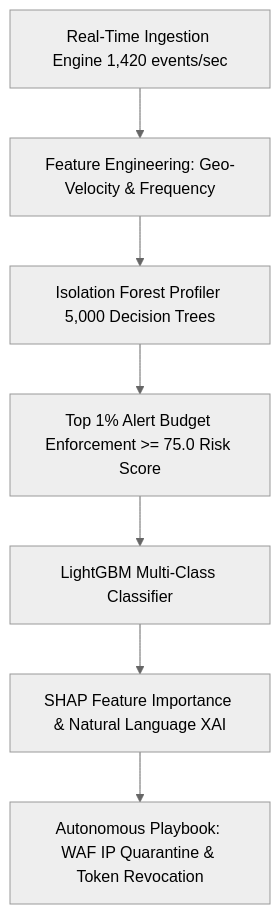
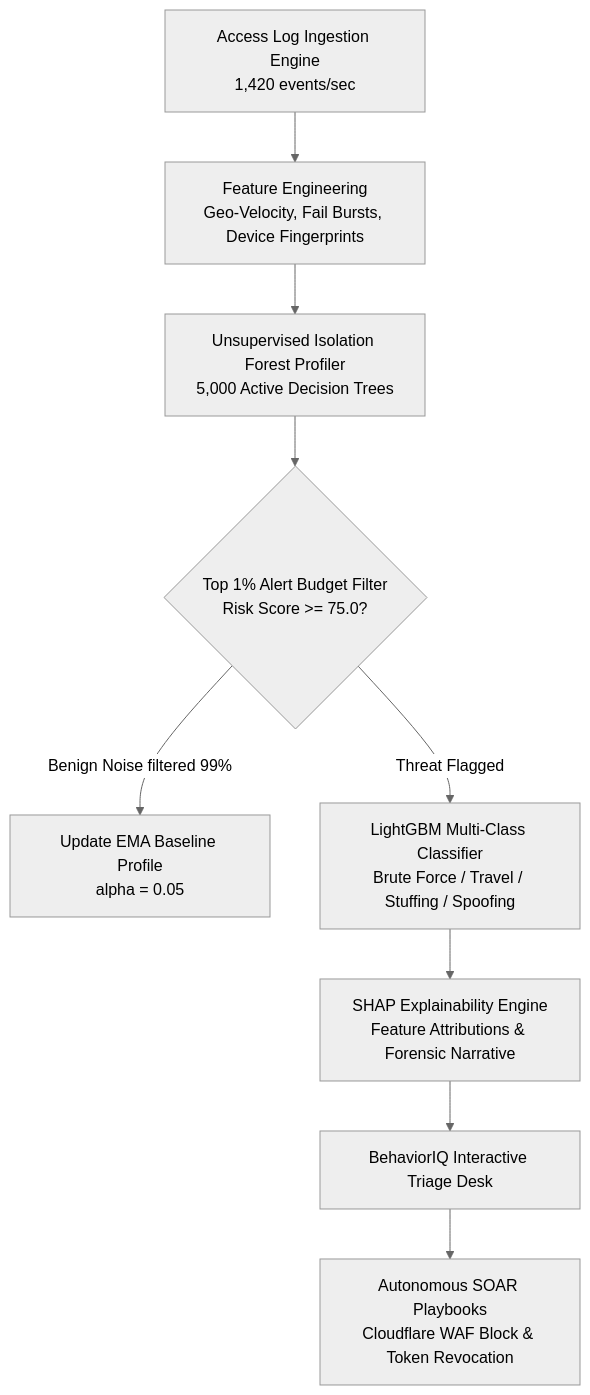
One commit to Yash-Singh607/Behavior-IQ changed the diagram in README.md. Above: the diagram before and after it, drawn with Mermaid (neutral theme). The commit also changed other lines of this file, not shown here.

Commit message:
Upgrade README.md to world-class enterprise presentation standard with badges, Mermaid diagrams, and live cloud links

````diff
--- a/README.md
+++ b/README.md
@@ -19,9 +45,11 @@
 ```mermaid
 graph TD
-    Ingest[Real-Time Ingestion Engine 1,420 events/sec] --> FeatureEng[Feature Engineering: Geo-Velocity & Frequency]
-    FeatureEng --> IsoForest[Isolation Forest Profiler 5,000 Decision Trees]
-    IsoForest --> AlertBudget[Top 1% Alert Budget Enforcement >= 75.0 Risk Score]
-    AlertBudget --> LightGBM[LightGBM Multi-Class Classifier]
-    LightGBM --> SHAP[SHAP Feature Importance & Natural Language XAI]
-    SHAP --> AutonomousSOAR[Autonomous Playbook: WAF IP Quarantine & Token Revocation]
+    A[Access Log Ingestion Engine\n1,420 events/sec] --> B[Feature Engineering\nGeo-Velocity, Fail Bursts, Device Fingerprints]
+    B --> C[Unsupervised Isolation Forest Profiler\n5,000 Active Decision Trees]
+    C --> D{Top 1% Alert Budget Filter\nRisk Score >= 75.0?}
+    D -- Benign Noise filtered 99% --> E[Update EMA Baseline Profile\nalpha = 0.05]
+    D -- Threat Flagged --> F[LightGBM Multi-Class Classifier\nBrute Force / Travel / Stuffing / Spoofing]
+    F --> G[SHAP Explainability Engine\nFeature Attributions & Forensic Narrative]
+    G --> H[BehaviorIQ Interactive Triage Desk]
+    H --> I[Autonomous SOAR Playbooks\nCloudflare WAF Block & Token Revocation]
 ```
````
